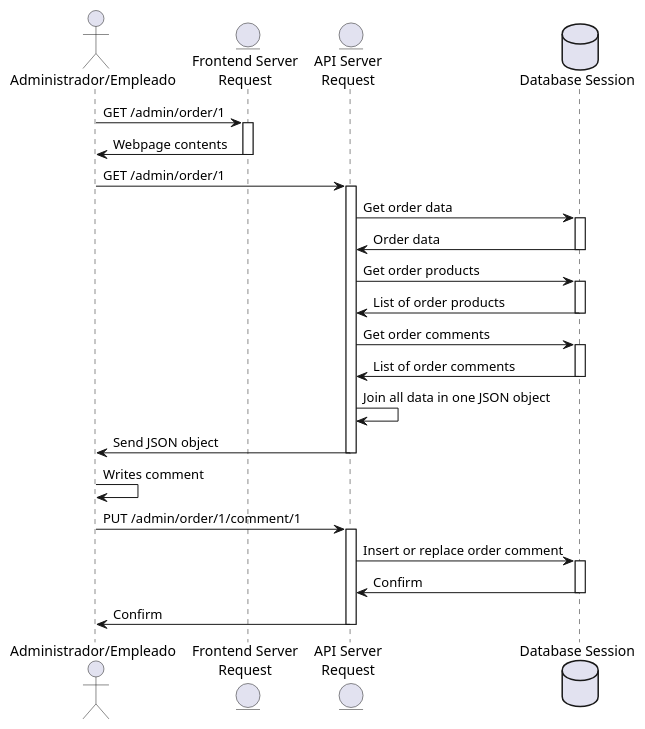
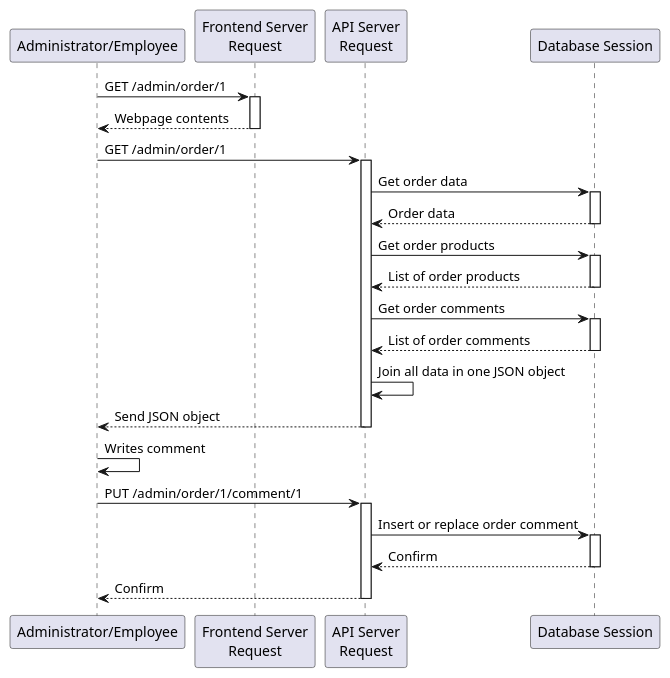
One commit to wuiquique/mycelium-local changed the diagram in uml/requirements/L012.wsd. Above: the diagram before and after it, drawn with PlantUML. The commit also changed 13 other files, not shown here.

Commit message:
Fix sequence diagrams + convert some others

```diff
--- a/uml/requirements/L012.wsd
+++ b/uml/requirements/L012.wsd
@@ -1,39 +1,39 @@
 @startuml sequence1
 
-actor "Administrador/Empleado" as user
-entity "Frontend Server\nRequest" as fe
-entity "API Server\nRequest" as api
-database "Database Session" as db
+participant "Administrator/Employee" as user
+participant "Frontend Server\nRequest" as fe
+participant "API Server\nRequest" as api
+participant "Database Session" as db
 
 user -> fe : GET /admin/order/1
 activate fe
-fe -> user : Webpage contents
+user <-- fe : Webpage contents
 deactivate fe
 user -> api : GET /admin/order/1
 activate api
 api -> db : Get order data
 activate db
-db -> api : Order data
+api <-- db : Order data
 deactivate db
 api -> db : Get order products
 activate db
-db -> api : List of order products
+api <-- db : List of order products
 deactivate db
 api -> db : Get order comments
 activate db
-db -> api : List of order comments
+api <-- db : List of order comments
 deactivate db
 api -> api : Join all data in one JSON object
-api -> user : Send JSON object
+user <-- api : Send JSON object
 deactivate api
 user -> user : Writes comment
 user -> api : PUT /admin/order/1/comment/1
 activate api
 api -> db : Insert or replace order comment
 activate db
-db -> api : Confirm
+api <-- db : Confirm
 deactivate db
-api -> user : Confirm
+user <-- api : Confirm
 deactivate api
 
 @enduml
```
